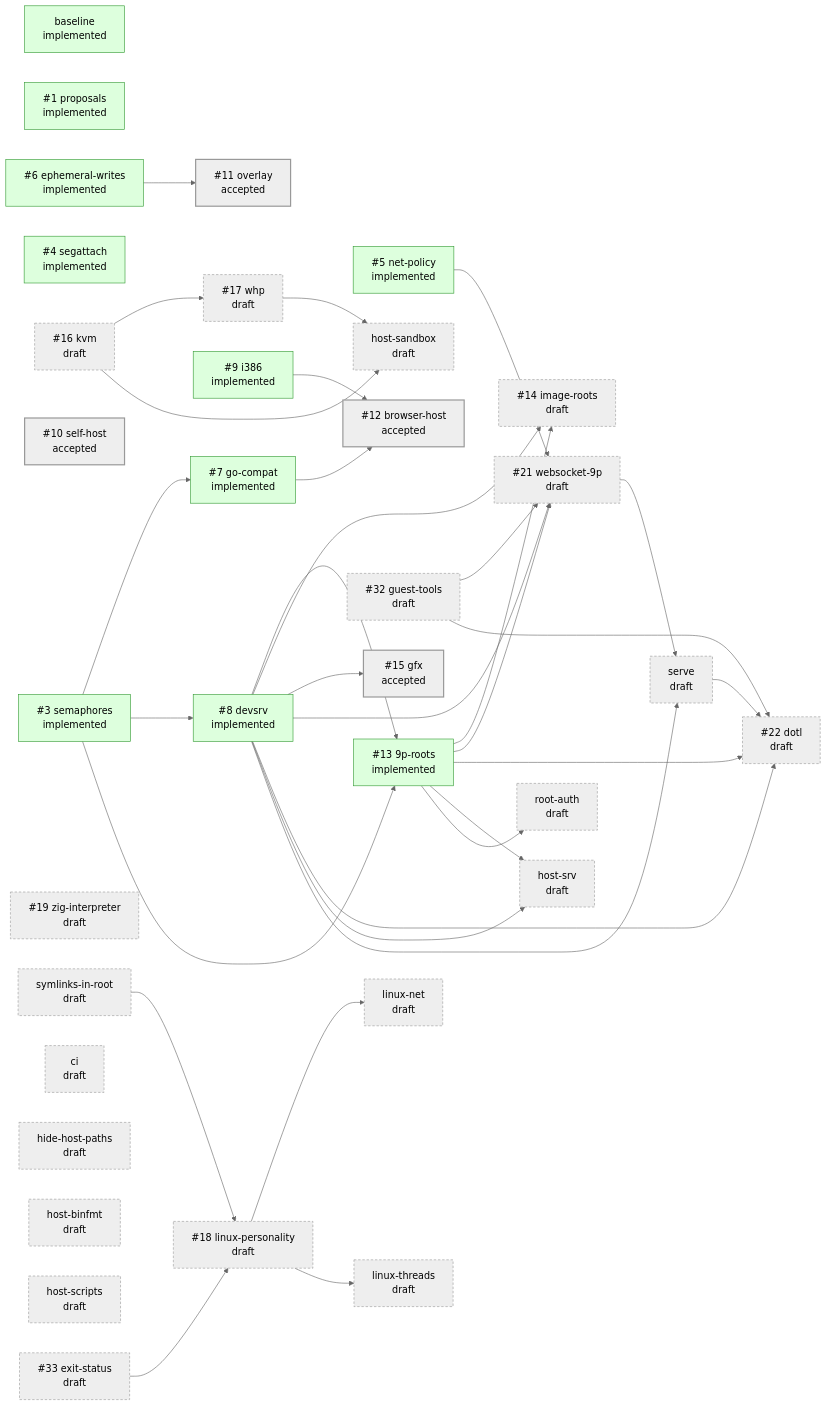
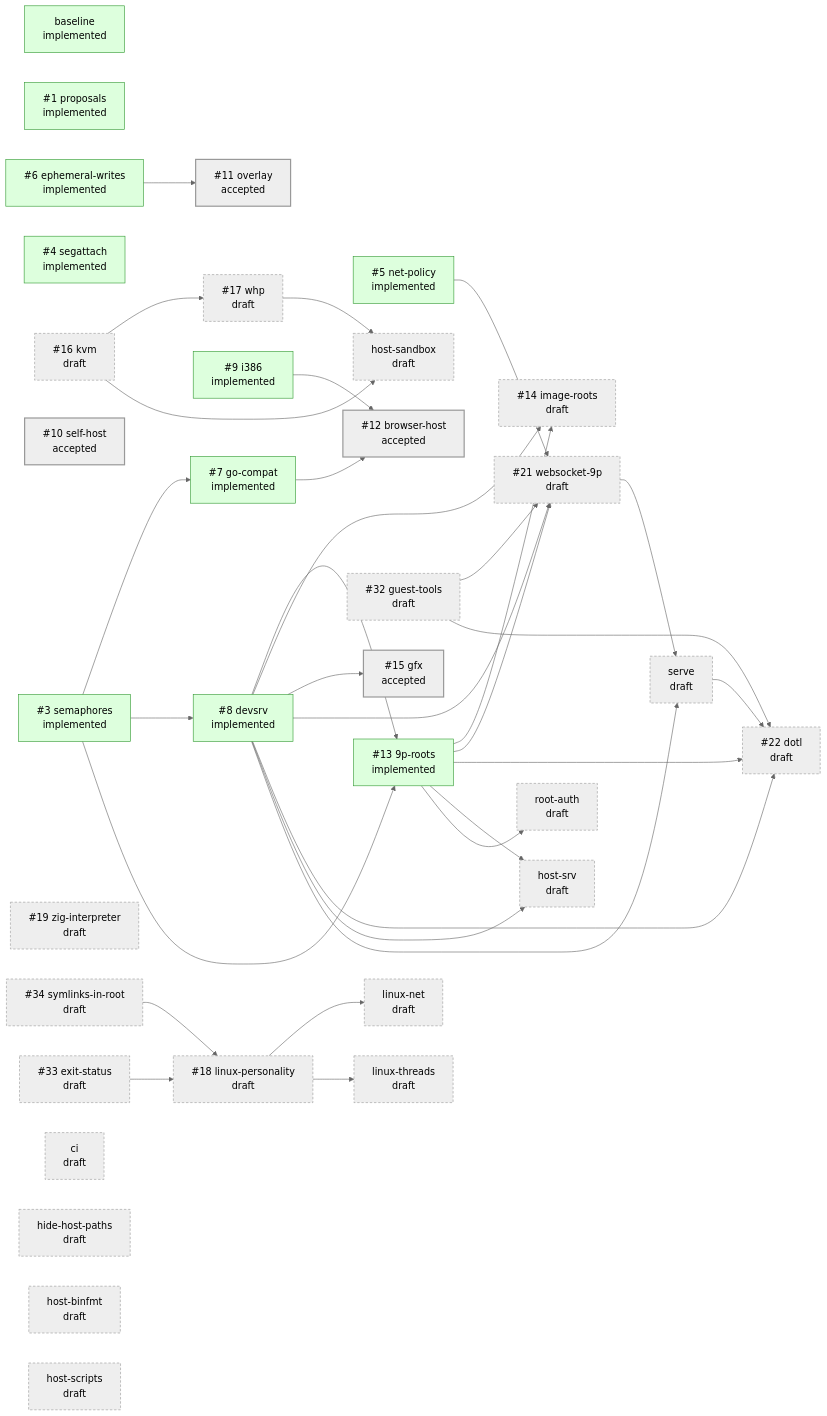
The diagram in README.md (progrium/hyper9), drawn with Mermaid (neutral theme) before and after one commit. The commit also changed other lines of this file and 3 other files, not shown here.

Commit message:
design: file symlinks-in-root as #34

````diff
--- a/README.md
+++ b/README.md
@@ -51,71 +51,71 @@
 ```mermaid
 flowchart LR
   classDef draft stroke-dasharray: 4 3
   classDef accepted stroke-width: 2px
   classDef implemented fill:#dfd,stroke:#393
   classDef closed fill:#eee,stroke:#999,color:#777
   p_baseline["baseline<br/>implemented"]:::implemented
   p_proposals["#35;1 proposals<br/>implemented"]:::implemented
   p_semaphores["#35;3 semaphores<br/>implemented"]:::implemented
   p_segattach["#35;4 segattach<br/>implemented"]:::implemented
   p_net_policy["#35;5 net-policy<br/>implemented"]:::implemented
   p_ephemeral_writes["#35;6 ephemeral-writes<br/>implemented"]:::implemented
   p_go_compat["#35;7 go-compat<br/>implemented"]:::implemented
   p_devsrv["#35;8 devsrv<br/>implemented"]:::implemented
   p_i386["#35;9 i386<br/>implemented"]:::implemented
   p_self_host["#35;10 self-host<br/>accepted"]:::accepted
   p_overlay["#35;11 overlay<br/>accepted"]:::accepted
   p_browser_host["#35;12 browser-host<br/>accepted"]:::accepted
   p_9p_roots["#35;13 9p-roots<br/>implemented"]:::implemented
   p_image_roots["#35;14 image-roots<br/>draft"]:::draft
   p_gfx["#35;15 gfx<br/>accepted"]:::accepted
   p_kvm["#35;16 kvm<br/>draft"]:::draft
   p_whp["#35;17 whp<br/>draft"]:::draft
   p_linux_personality["#35;18 linux-personality<br/>draft"]:::draft
   p_zig_interpreter["#35;19 zig-interpreter<br/>draft"]:::draft
   p_websocket_9p["#35;21 websocket-9p<br/>draft"]:::draft
   p_dotl["#35;22 dotl<br/>draft"]:::draft
   p_guest_tools["#35;32 guest-tools<br/>draft"]:::draft
   p_exit_status["#35;33 exit-status<br/>draft"]:::draft
+  p_symlinks_in_root["#35;34 symlinks-in-root<br/>draft"]:::draft
   p_ci["ci<br/>draft"]:::draft
   p_hide_host_paths["hide-host-paths<br/>draft"]:::draft
   p_host_binfmt["host-binfmt<br/>draft"]:::draft
   p_host_sandbox["host-sandbox<br/>draft"]:::draft
   p_host_scripts["host-scripts<br/>draft"]:::draft
   p_host_srv["host-srv<br/>draft"]:::draft
   p_linux_net["linux-net<br/>draft"]:::draft
   p_linux_threads["linux-threads<br/>draft"]:::draft
   p_root_auth["root-auth<br/>draft"]:::draft
   p_serve["serve<br/>draft"]:::draft
-  p_symlinks_in_root["symlinks-in-root<br/>draft"]:::draft
   p_semaphores --> p_go_compat
   p_semaphores --> p_devsrv
   p_ephemeral_writes --> p_overlay
   p_go_compat --> p_browser_host
   p_i386 --> p_browser_host
   p_semaphores --> p_9p_roots
   p_devsrv --> p_9p_roots
   p_devsrv --> p_image_roots
   p_9p_roots --> p_image_roots
   p_devsrv --> p_gfx
   p_kvm --> p_whp
   p_symlinks_in_root --> p_linux_personality
   p_exit_status --> p_linux_personality
   p_net_policy --> p_websocket_9p
   p_devsrv --> p_websocket_9p
   p_9p_roots --> p_websocket_9p
   p_guest_tools --> p_websocket_9p
   p_devsrv --> p_dotl
   p_9p_roots --> p_dotl
   p_serve --> p_dotl
   p_guest_tools --> p_dotl
   p_kvm --> p_host_sandbox
   p_whp --> p_host_sandbox
   p_devsrv --> p_host_srv
   p_9p_roots --> p_host_srv
   p_linux_personality --> p_linux_net
   p_linux_personality --> p_linux_threads
   p_9p_roots --> p_root_auth
   p_devsrv --> p_serve
   p_websocket_9p --> p_serve
 ```
````
